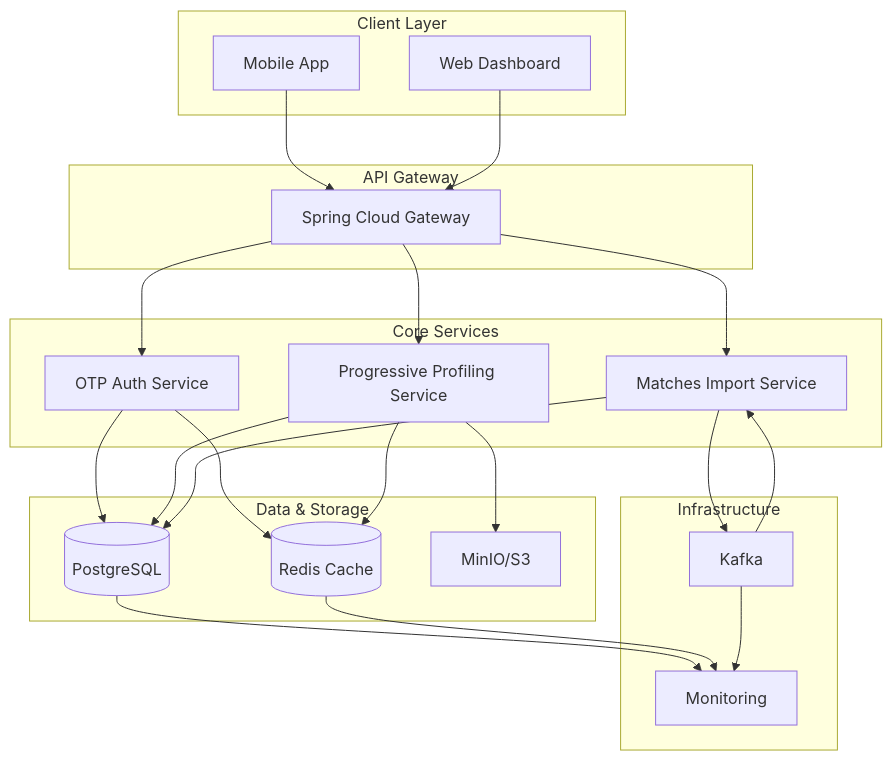
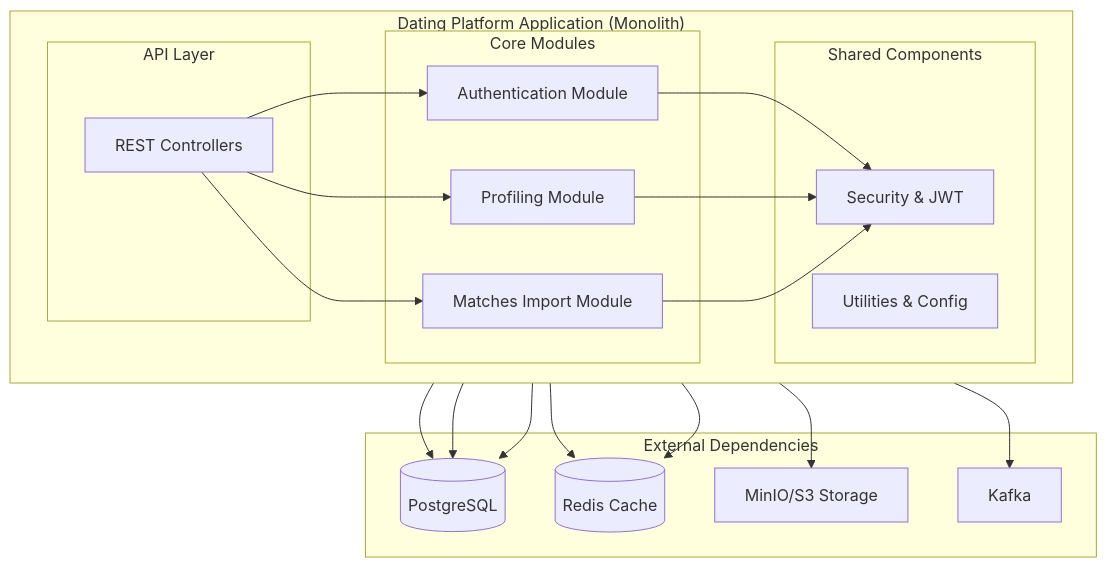
Before and after one commit to kagit00/flairbit: the first of 2 diagrams in Readme.md, drawn with Mermaid. The commit also changed other lines of this file, not shown here.

````diff
--- a/Readme.md
+++ b/Readme.md
@@ -12,45 +14,42 @@
 ```mermaid
 graph TB
-    subgraph "Client Layer"
-        A[Mobile App] 
-        B[Web Dashboard]
+    subgraph "Dating Platform Application (Monolith)"
+        direction LR
+        subgraph "API Layer"
+            A[REST Controllers]
+        end
+
+        subgraph "Core Modules"
+            B[Authentication Module]
+            C[Profiling Module]
+            D[Matches Import Module]
+        end
+
+        subgraph "Shared Components"
+            E[Security & JWT]
+            F[Utilities & Config]
+        end
+
+        A --> B
+        A --> C
+        A --> D
+        B --> E
+        C --> E
+        D --> E
     end
 
-    subgraph "API Gateway"
-        C[Spring Cloud Gateway]
+    subgraph "External Dependencies"
+        G[(PostgreSQL)]
+        H[(Redis Cache)]
+        I[MinIO/S3 Storage]
+        J[Kafka]
     end
 
-    subgraph "Core Services"
-        D[OTP Auth Service]
-        E[Progressive Profiling Service]
-        F[Matches Import Service]
-    end
-
-    subgraph "Data & Storage"
-        G[(PostgreSQL)]
-        H[(Redis Cache)]
-        I[MinIO/S3]
-    end
-
-    subgraph "Infrastructure"
-        J[Kafka]
-        K[Monitoring]
-    end
-
-    A --> C
-    B --> C
-    C --> D
-    C --> E
-    C --> F
+    B --> G
+    B --> H
+    C --> G
+    C --> H
+    C --> I
     D --> G
-    D --> H
-    E --> G
-    E --> H
-    E --> I
-    F --> G
-    F --> J
-    J --> F
-    G --> K
-    H --> K
-    J --> K
+    D --> J
 ```
````
